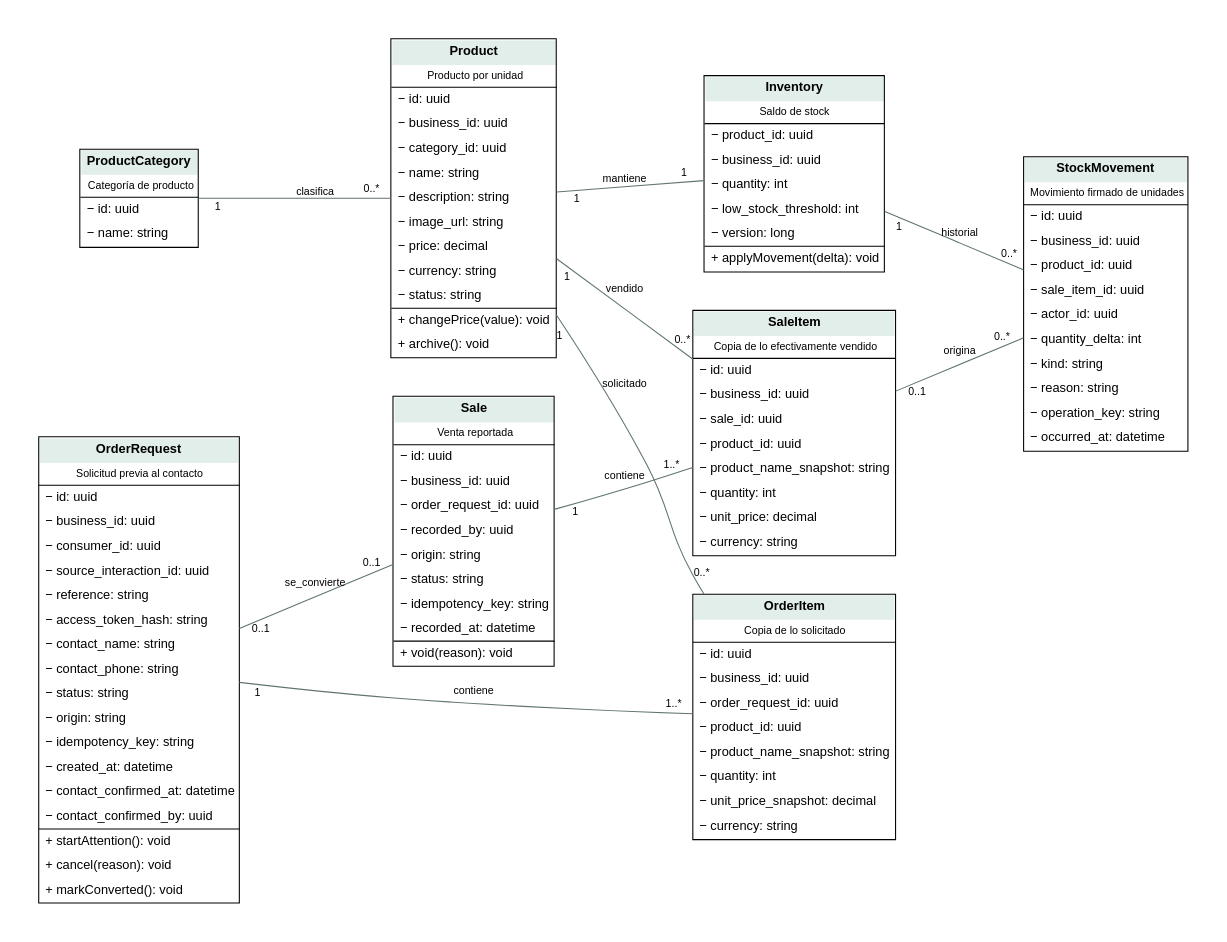
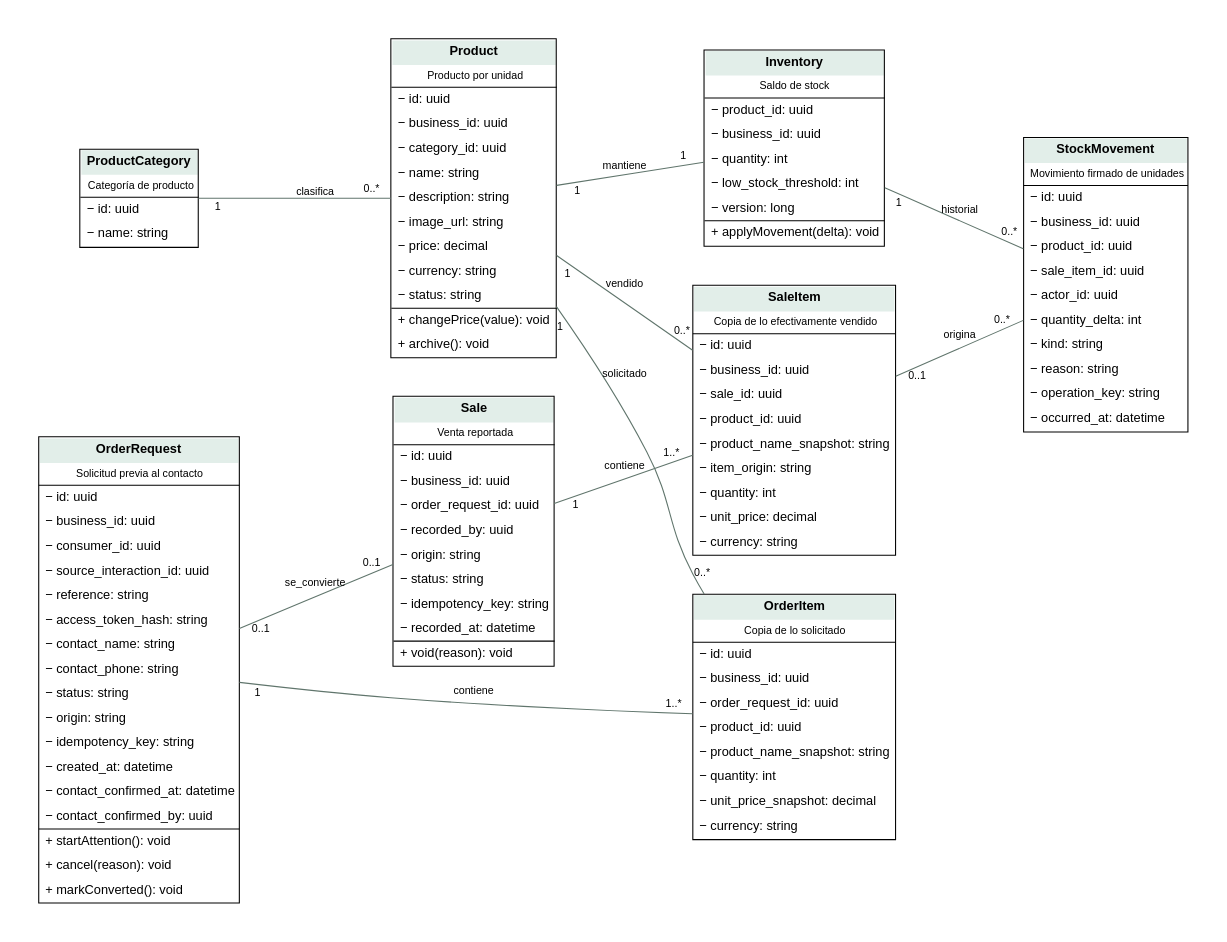
One commit to agustinlopez23/tesis changed the diagram in Doc/model/figures/UML-02-comercio.dot. Above: the diagram before and after it, drawn with Graphviz. The commit also changed 44 other files, not shown here.

```diff
--- a/Doc/model/figures/UML-02-comercio.dot
+++ b/Doc/model/figures/UML-02-comercio.dot
@@ -1,16 +1,16 @@
 digraph G { graph [rankdir=LR,bgcolor="white",pad=0.4,nodesep=0.5,ranksep=1.2]; node [shape=plain,fontname="Arial",fontsize=12]; edge [fontname="Arial",fontsize=10,color="#60756c"]; ProductCategory [label=<<TABLE BORDER="1" CELLBORDER="0" CELLSPACING="0" CELLPADDING="5"><TR><TD BGCOLOR="#e2eee9"><B>ProductCategory</B></TD></TR><TR><TD><FONT POINT-SIZE="10">Categoría de producto</FONT></TD></TR><HR/><TR><TD ALIGN="LEFT">− id: uuid</TD></TR><TR><TD ALIGN="LEFT">− name: string</TD></TR></TABLE>>];
 Product [label=<<TABLE BORDER="1" CELLBORDER="0" CELLSPACING="0" CELLPADDING="5"><TR><TD BGCOLOR="#e2eee9"><B>Product</B></TD></TR><TR><TD><FONT POINT-SIZE="10">Producto por unidad</FONT></TD></TR><HR/><TR><TD ALIGN="LEFT">− id: uuid</TD></TR><TR><TD ALIGN="LEFT">− business_id: uuid</TD></TR><TR><TD ALIGN="LEFT">− category_id: uuid</TD></TR><TR><TD ALIGN="LEFT">− name: string</TD></TR><TR><TD ALIGN="LEFT">− description: string</TD></TR><TR><TD ALIGN="LEFT">− image_url: string</TD></TR><TR><TD ALIGN="LEFT">− price: decimal</TD></TR><TR><TD ALIGN="LEFT">− currency: string</TD></TR><TR><TD ALIGN="LEFT">− status: string</TD></TR><HR/><TR><TD ALIGN="LEFT">+ changePrice(value): void</TD></TR><TR><TD ALIGN="LEFT">+ archive(): void</TD></TR></TABLE>>];
 Inventory [label=<<TABLE BORDER="1" CELLBORDER="0" CELLSPACING="0" CELLPADDING="5"><TR><TD BGCOLOR="#e2eee9"><B>Inventory</B></TD></TR><TR><TD><FONT POINT-SIZE="10">Saldo de stock</FONT></TD></TR><HR/><TR><TD ALIGN="LEFT">− product_id: uuid</TD></TR><TR><TD ALIGN="LEFT">− business_id: uuid</TD></TR><TR><TD ALIGN="LEFT">− quantity: int</TD></TR><TR><TD ALIGN="LEFT">− low_stock_threshold: int</TD></TR><TR><TD ALIGN="LEFT">− version: long</TD></TR><HR/><TR><TD ALIGN="LEFT">+ applyMovement(delta): void</TD></TR></TABLE>>];
 OrderRequest [label=<<TABLE BORDER="1" CELLBORDER="0" CELLSPACING="0" CELLPADDING="5"><TR><TD BGCOLOR="#e2eee9"><B>OrderRequest</B></TD></TR><TR><TD><FONT POINT-SIZE="10">Solicitud previa al contacto</FONT></TD></TR><HR/><TR><TD ALIGN="LEFT">− id: uuid</TD></TR><TR><TD ALIGN="LEFT">− business_id: uuid</TD></TR><TR><TD ALIGN="LEFT">− consumer_id: uuid</TD></TR><TR><TD ALIGN="LEFT">− source_interaction_id: uuid</TD></TR><TR><TD ALIGN="LEFT">− reference: string</TD></TR><TR><TD ALIGN="LEFT">− access_token_hash: string</TD></TR><TR><TD ALIGN="LEFT">− contact_name: string</TD></TR><TR><TD ALIGN="LEFT">− contact_phone: string</TD></TR><TR><TD ALIGN="LEFT">− status: string</TD></TR><TR><TD ALIGN="LEFT">− origin: string</TD></TR><TR><TD ALIGN="LEFT">− idempotency_key: string</TD></TR><TR><TD ALIGN="LEFT">− created_at: datetime</TD></TR><TR><TD ALIGN="LEFT">− contact_confirmed_at: datetime</TD></TR><TR><TD ALIGN="LEFT">− contact_confirmed_by: uuid</TD></TR><HR/><TR><TD ALIGN="LEFT">+ startAttention(): void</TD></TR><TR><TD ALIGN="LEFT">+ cancel(reason): void</TD></TR><TR><TD ALIGN="LEFT">+ markConverted(): void</TD></TR></TABLE>>];
 OrderItem [label=<<TABLE BORDER="1" CELLBORDER="0" CELLSPACING="0" CELLPADDING="5"><TR><TD BGCOLOR="#e2eee9"><B>OrderItem</B></TD></TR><TR><TD><FONT POINT-SIZE="10">Copia de lo solicitado</FONT></TD></TR><HR/><TR><TD ALIGN="LEFT">− id: uuid</TD></TR><TR><TD ALIGN="LEFT">− business_id: uuid</TD></TR><TR><TD ALIGN="LEFT">− order_request_id: uuid</TD></TR><TR><TD ALIGN="LEFT">− product_id: uuid</TD></TR><TR><TD ALIGN="LEFT">− product_name_snapshot: string</TD></TR><TR><TD ALIGN="LEFT">− quantity: int</TD></TR><TR><TD ALIGN="LEFT">− unit_price_snapshot: decimal</TD></TR><TR><TD ALIGN="LEFT">− currency: string</TD></TR></TABLE>>];
 Sale [label=<<TABLE BORDER="1" CELLBORDER="0" CELLSPACING="0" CELLPADDING="5"><TR><TD BGCOLOR="#e2eee9"><B>Sale</B></TD></TR><TR><TD><FONT POINT-SIZE="10">Venta reportada</FONT></TD></TR><HR/><TR><TD ALIGN="LEFT">− id: uuid</TD></TR><TR><TD ALIGN="LEFT">− business_id: uuid</TD></TR><TR><TD ALIGN="LEFT">− order_request_id: uuid</TD></TR><TR><TD ALIGN="LEFT">− recorded_by: uuid</TD></TR><TR><TD ALIGN="LEFT">− origin: string</TD></TR><TR><TD ALIGN="LEFT">− status: string</TD></TR><TR><TD ALIGN="LEFT">− idempotency_key: string</TD></TR><TR><TD ALIGN="LEFT">− recorded_at: datetime</TD></TR><HR/><TR><TD ALIGN="LEFT">+ void(reason): void</TD></TR></TABLE>>];
-SaleItem [label=<<TABLE BORDER="1" CELLBORDER="0" CELLSPACING="0" CELLPADDING="5"><TR><TD BGCOLOR="#e2eee9"><B>SaleItem</B></TD></TR><TR><TD><FONT POINT-SIZE="10">Copia de lo efectivamente vendido</FONT></TD></TR><HR/><TR><TD ALIGN="LEFT">− id: uuid</TD></TR><TR><TD ALIGN="LEFT">− business_id: uuid</TD></TR><TR><TD ALIGN="LEFT">− sale_id: uuid</TD></TR><TR><TD ALIGN="LEFT">− product_id: uuid</TD></TR><TR><TD ALIGN="LEFT">− product_name_snapshot: string</TD></TR><TR><TD ALIGN="LEFT">− quantity: int</TD></TR><TR><TD ALIGN="LEFT">− unit_price: decimal</TD></TR><TR><TD ALIGN="LEFT">− currency: string</TD></TR></TABLE>>];
+SaleItem [label=<<TABLE BORDER="1" CELLBORDER="0" CELLSPACING="0" CELLPADDING="5"><TR><TD BGCOLOR="#e2eee9"><B>SaleItem</B></TD></TR><TR><TD><FONT POINT-SIZE="10">Copia de lo efectivamente vendido</FONT></TD></TR><HR/><TR><TD ALIGN="LEFT">− id: uuid</TD></TR><TR><TD ALIGN="LEFT">− business_id: uuid</TD></TR><TR><TD ALIGN="LEFT">− sale_id: uuid</TD></TR><TR><TD ALIGN="LEFT">− product_id: uuid</TD></TR><TR><TD ALIGN="LEFT">− product_name_snapshot: string</TD></TR><TR><TD ALIGN="LEFT">− item_origin: string</TD></TR><TR><TD ALIGN="LEFT">− quantity: int</TD></TR><TR><TD ALIGN="LEFT">− unit_price: decimal</TD></TR><TR><TD ALIGN="LEFT">− currency: string</TD></TR></TABLE>>];
 StockMovement [label=<<TABLE BORDER="1" CELLBORDER="0" CELLSPACING="0" CELLPADDING="5"><TR><TD BGCOLOR="#e2eee9"><B>StockMovement</B></TD></TR><TR><TD><FONT POINT-SIZE="10">Movimiento firmado de unidades</FONT></TD></TR><HR/><TR><TD ALIGN="LEFT">− id: uuid</TD></TR><TR><TD ALIGN="LEFT">− business_id: uuid</TD></TR><TR><TD ALIGN="LEFT">− product_id: uuid</TD></TR><TR><TD ALIGN="LEFT">− sale_item_id: uuid</TD></TR><TR><TD ALIGN="LEFT">− actor_id: uuid</TD></TR><TR><TD ALIGN="LEFT">− quantity_delta: int</TD></TR><TR><TD ALIGN="LEFT">− kind: string</TD></TR><TR><TD ALIGN="LEFT">− reason: string</TD></TR><TR><TD ALIGN="LEFT">− operation_key: string</TD></TR><TR><TD ALIGN="LEFT">− occurred_at: datetime</TD></TR></TABLE>>]; ProductCategory -> Product [dir=none,taillabel="1",headlabel="0..*",label="clasifica",labeldistance=2];
 Product -> Inventory [dir=none,taillabel="1",headlabel="1",label="mantiene",labeldistance=2];
 OrderRequest -> OrderItem [dir=none,taillabel="1",headlabel="1..*",label="contiene",labeldistance=2];
 Product -> OrderItem [dir=none,taillabel="1",headlabel="0..*",label="solicitado",labeldistance=2];
 OrderRequest -> Sale [dir=none,taillabel="0..1",headlabel="0..1",label="se_convierte",labeldistance=2];
 Sale -> SaleItem [dir=none,taillabel="1",headlabel="1..*",label="contiene",labeldistance=2];
 Product -> SaleItem [dir=none,taillabel="1",headlabel="0..*",label="vendido",labeldistance=2];
 Inventory -> StockMovement [dir=none,taillabel="1",headlabel="0..*",label="historial",labeldistance=2];
 SaleItem -> StockMovement [dir=none,taillabel="0..1",headlabel="0..*",label="origina",labeldistance=2]; }
```
